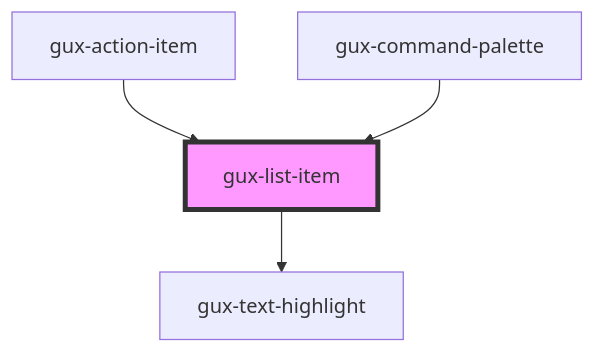
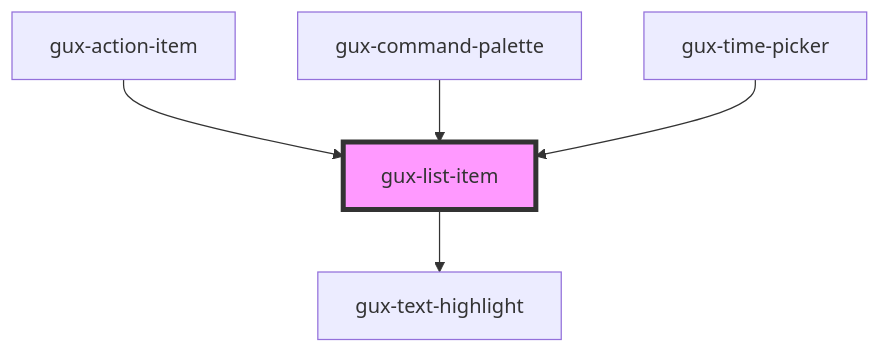
One commit to MyPureCloud/genesys-spark changed the diagram in src/components/gux-list/list-item/readme.md. Above: the diagram before and after it, drawn with Mermaid. The commit also changed other lines of this file and 11 other files, not shown here.

First line of the commit message:
feat(component): Add time-picker component

````diff
--- a/src/components/gux-list/list-item/readme.md
+++ b/src/components/gux-list/list-item/readme.md
@@ -46,7 +47,8 @@
 ```mermaid
 graph TD;
   gux-list-item --> gux-text-highlight
   gux-action-item --> gux-list-item
   gux-command-palette --> gux-list-item
+  gux-time-picker --> gux-list-item
   style gux-list-item fill:#f9f,stroke:#333,stroke-width:4px
 ```
````
